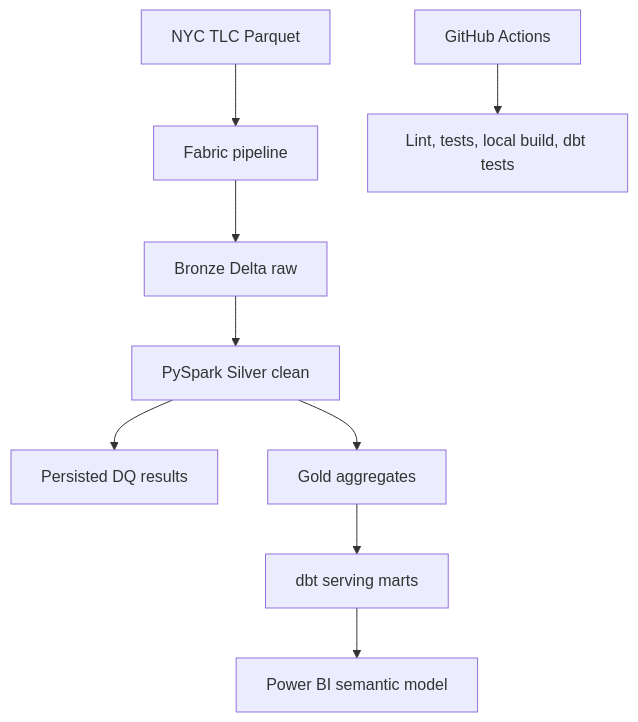
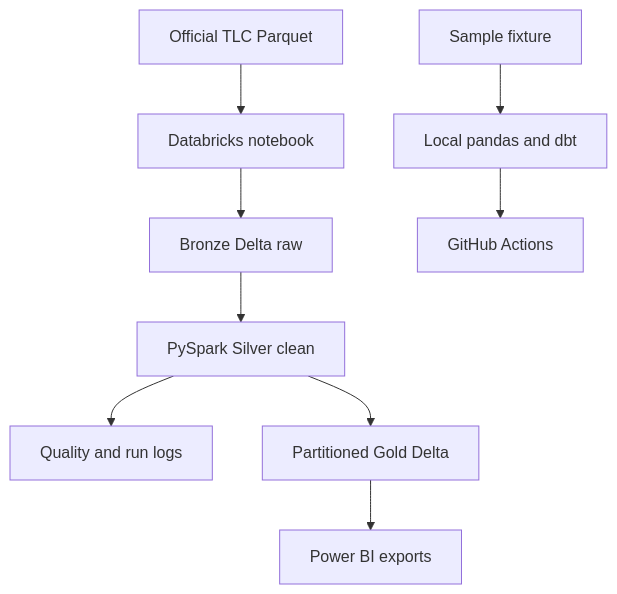
Before and after one commit to RishiRatnakarData/urban-mobility-analytics-engineering: the diagram in docs/architecture.md, drawn with Mermaid. The commit also changed other lines of this file and 19 other files, not shown here.

````diff
--- a/docs/architecture.md
+++ b/docs/architecture.md
@@ -3,11 +3,11 @@
 ```mermaid
 flowchart TD
-    A[NYC TLC Parquet] --> B[Fabric pipeline]
+    A[Official TLC Parquet] --> B[Databricks notebook]
     B --> C[Bronze Delta raw]
     C --> D[PySpark Silver clean]
-    D --> E[Persisted DQ results]
-    D --> F[Gold aggregates]
-    F --> G[dbt serving marts]
-    G --> H[Power BI semantic model]
-    I[GitHub Actions] --> J[Lint, tests, local build, dbt tests]
+    D --> E[Quality and run logs]
+    D --> F[Partitioned Gold Delta]
+    F --> G[Power BI exports]
+    H[Sample fixture] --> I[Local pandas and dbt]
+    I --> J[GitHub Actions]
 ```
````
